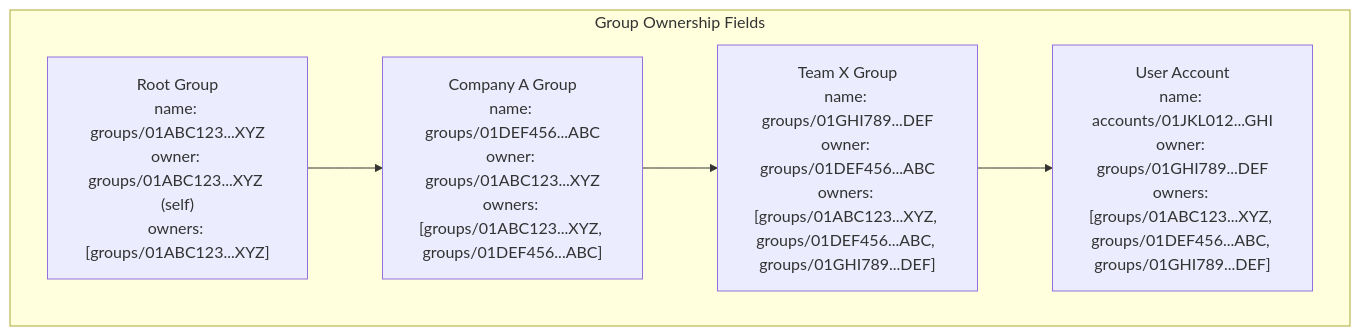
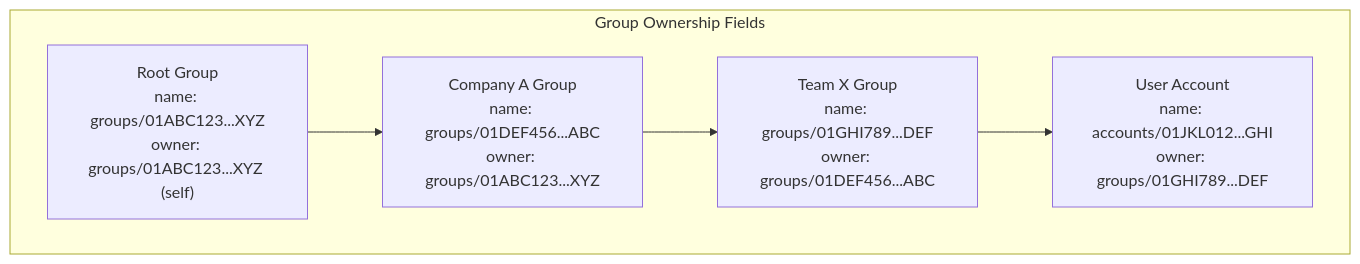
Before and after one commit to meshtrade/api: the first of 8 diagrams in docs/docs/architecture/group-ownership.mdx, drawn with Mermaid. The commit also changed other lines of this file and 23 other files, not shown here.

````diff
--- a/docs/docs/architecture/group-ownership.mdx
+++ b/docs/docs/architecture/group-ownership.mdx
@@ -57,16 +57,16 @@
 ```mermaid
 graph TD
     subgraph "Group Ownership Fields"
-        Root["Root Group<br/>name: groups/01ABC123...XYZ<br/>owner: groups/01ABC123...XYZ (self)<br/>owners: [groups/01ABC123...XYZ]"]
+        Root["Root Group<br/>name: groups/01ABC123...XYZ<br/>owner: groups/01ABC123...XYZ (self)"]
         
-        CompanyA["Company A Group<br/>name: groups/01DEF456...ABC<br/>owner: groups/01ABC123...XYZ<br/>owners: [groups/01ABC123...XYZ, groups/01DEF456...ABC]"]
+        CompanyA["Company A Group<br/>name: groups/01DEF456...ABC<br/>owner: groups/01ABC123...XYZ"]
         
-        TeamX["Team X Group<br/>name: groups/01GHI789...DEF<br/>owner: groups/01DEF456...ABC<br/>owners: [groups/01ABC123...XYZ, groups/01DEF456...ABC, groups/01GHI789...DEF]"]
+        TeamX["Team X Group<br/>name: groups/01GHI789...DEF<br/>owner: groups/01DEF456...ABC"]
         
-        Account["User Account<br/>name: accounts/01JKL012...GHI<br/>owner: groups/01GHI789...DEF<br/>owners: [groups/01ABC123...XYZ, groups/01DEF456...ABC, groups/01GHI789...DEF]"]
+        Account["User Account<br/>name: accounts/01JKL012...GHI<br/>owner: groups/01GHI789...DEF"]
         
         Root --> CompanyA
         CompanyA --> TeamX
         TeamX --> Account
     end
 ```
````
